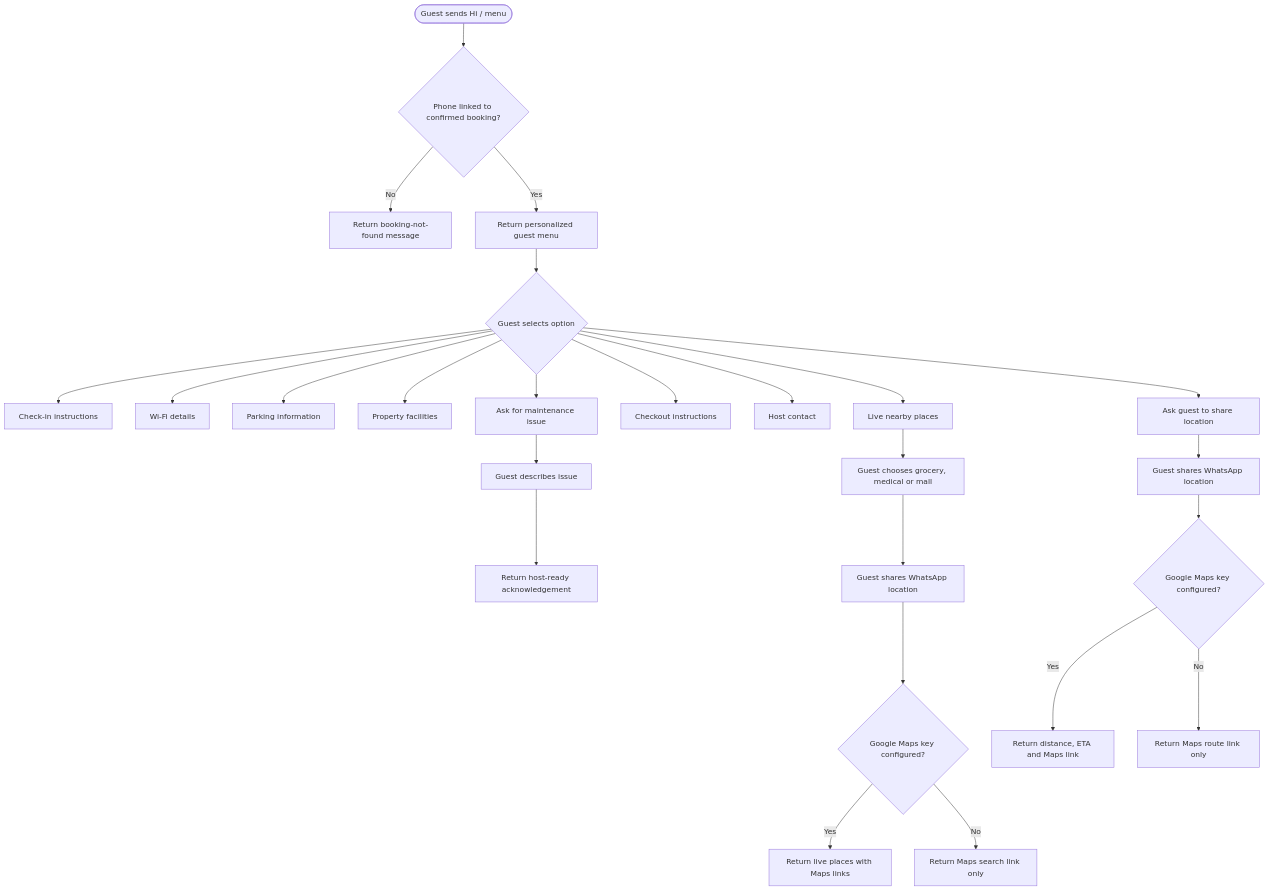
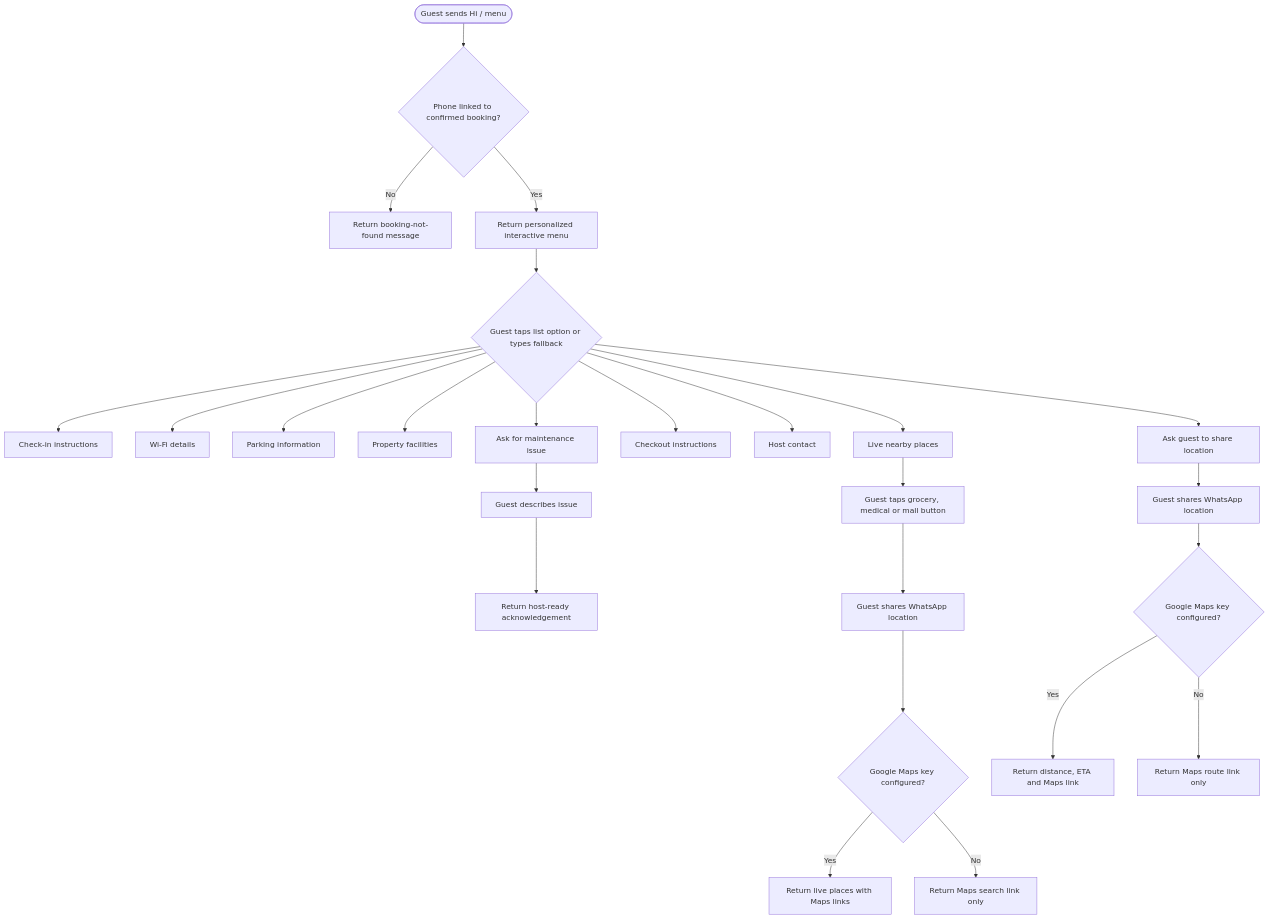
The second of 3 diagrams in docs/architecture-and-activity-diagrams.md (dhiraj-solace/rental-property-whatsApp-bot), drawn with Mermaid before and after one commit. The commit also changed other lines of this file and 4 other files, not shown here.

````diff
--- a/docs/architecture-and-activity-diagrams.md
+++ b/docs/architecture-and-activity-diagrams.md
@@ -39,31 +39,31 @@
 ```mermaid
 flowchart TD
     Start([Guest sends Hi / menu]) --> Lookup{"Phone linked to confirmed booking?"}
     Lookup -->|"No"| Unknown["Return booking-not-found message"]
-    Lookup -->|"Yes"| Menu["Return personalized guest menu"]
+    Lookup -->|"Yes"| Menu["Return personalized interactive menu"]
 
-    Menu --> Action{"Guest selects option"}
+    Menu --> Action{"Guest taps list option or types fallback"}
     Action --> CheckIn["Check-in instructions"]
     Action --> Wifi["Wi-Fi details"]
     Action --> Parking["Parking information"]
     Action --> Facilities["Property facilities"]
     Action --> Nearby["Live nearby places"]
     Action --> Checkout["Checkout instructions"]
     Action --> Contact["Host contact"]
     Action --> Issue["Ask for maintenance issue"]
     Action --> Directions["Ask guest to share location"]
 
     Issue --> IssueText["Guest describes issue"]
     IssueText --> IssueAck["Return host-ready acknowledgement"]
 
-    Nearby --> NearbyCategory["Guest chooses grocery, medical or mall"]
+    Nearby --> NearbyCategory["Guest taps grocery, medical or mall button"]
     NearbyCategory --> NearbyLocation["Guest shares WhatsApp location"]
     NearbyLocation --> Places{"Google Maps key configured?"}
     Places -->|"Yes"| LivePlaces["Return live places with Maps links"]
     Places -->|"No"| SearchLink["Return Maps search link only"]
 
     Directions --> Location["Guest shares WhatsApp location"]
     Location --> Maps{"Google Maps key configured?"}
     Maps -->|"Yes"| LiveRoute["Return distance, ETA and Maps link"]
     Maps -->|"No"| LinkOnly["Return Maps route link only"]
 ```
````
